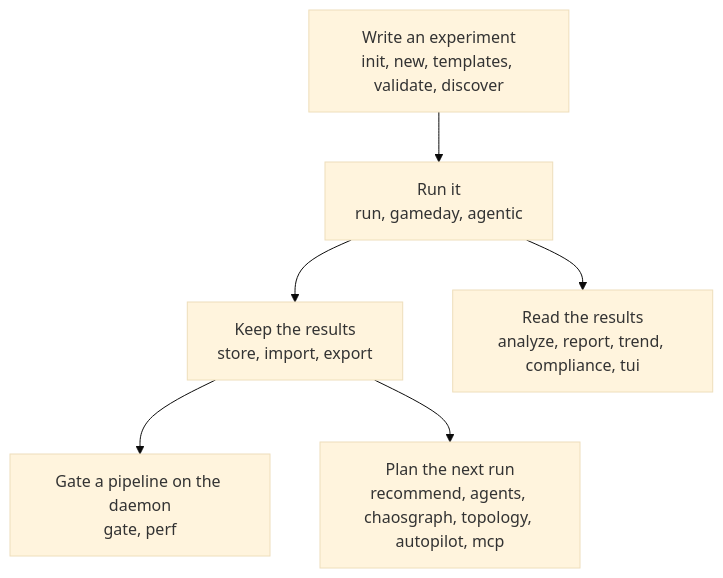
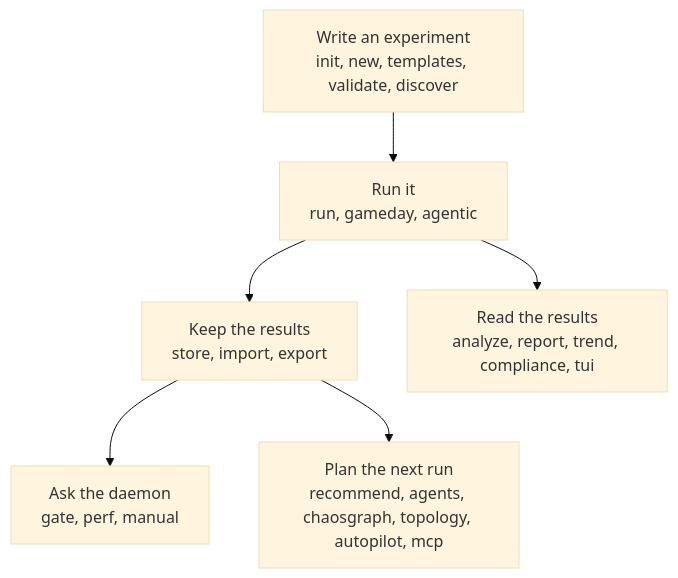
The diagram in docs/guides/cli-reference.md (mwigge/tumult), drawn with Mermaid (base theme) before and after one commit. The commit also changed other lines of this file and 28 other files, not shown here.

````diff
--- a/docs/guides/cli-reference.md
+++ b/docs/guides/cli-reference.md
@@ -13,10 +13,10 @@
 ```mermaid
 flowchart TD
   accTitle: The commands of tumult, grouped by task
-  accDescr: You write an experiment, run it, then keep and read the results. From the store you gate a pipeline on the daemon and plan the next run.
+  accDescr: You write an experiment, run it, then keep and read the results. From the store you ask the daemon to gate a pipeline or to keep manual records, and you plan the next run.
   W["Write an experiment<br/>init, new, templates, validate, discover"] --> R["Run it<br/>run, gameday, agentic"]
   R --> S["Keep the results<br/>store, import, export"]
   R --> A["Read the results<br/>analyze, report, trend, compliance, tui"]
-  S --> G["Gate a pipeline on the daemon<br/>gate, perf"]
+  S --> G["Ask the daemon<br/>gate, perf, manual"]
   S --> P["Plan the next run<br/>recommend, agents, chaosgraph, topology, autopilot, mcp"]
 ```
````
